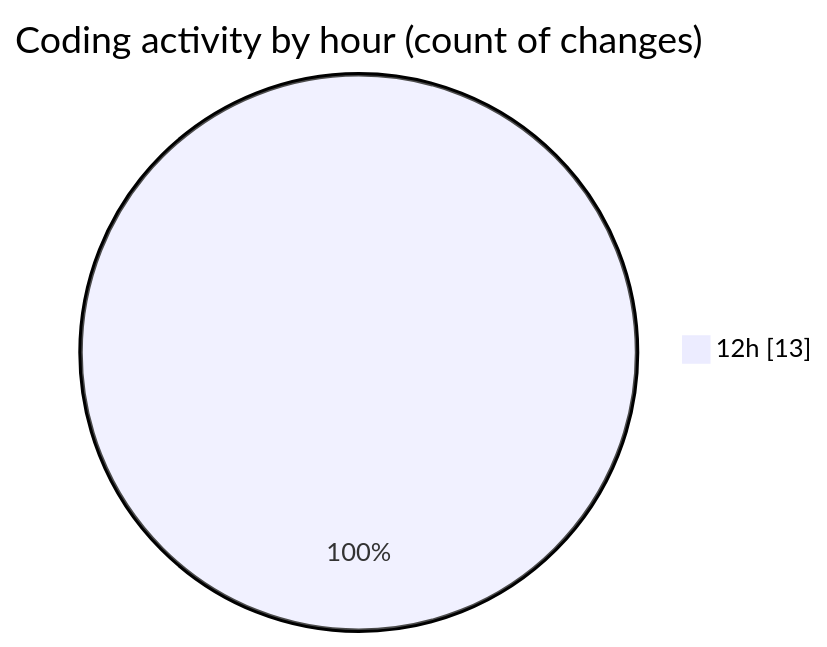
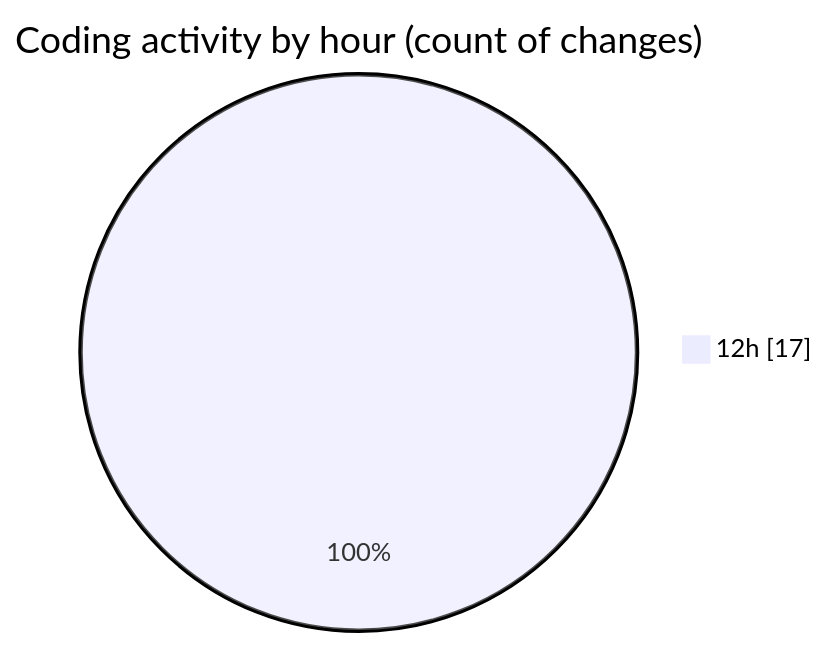
Before and after one commit to nxtqubesakshisongat/code-tracking: the second of 2 diagrams in 2026-02-13/nxtqube_webapp/README.md, drawn with Mermaid. The commit also changed other lines of this file and 1 other file, not shown here.

````diff
--- a/2026-02-13/nxtqube_webapp/README.md
+++ b/2026-02-13/nxtqube_webapp/README.md
@@ -38,5 +38,5 @@
 ```mermaid
 pie showData
 title Coding activity by hour (count of changes)
-"12h" : 13
+"12h" : 17
 ```
````
